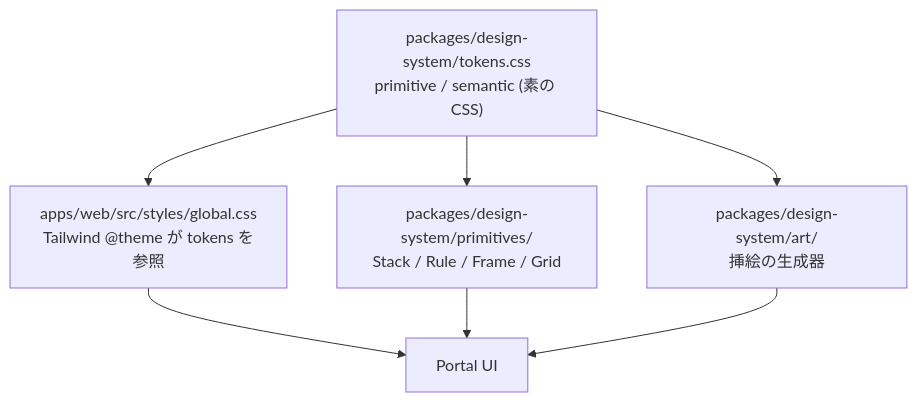
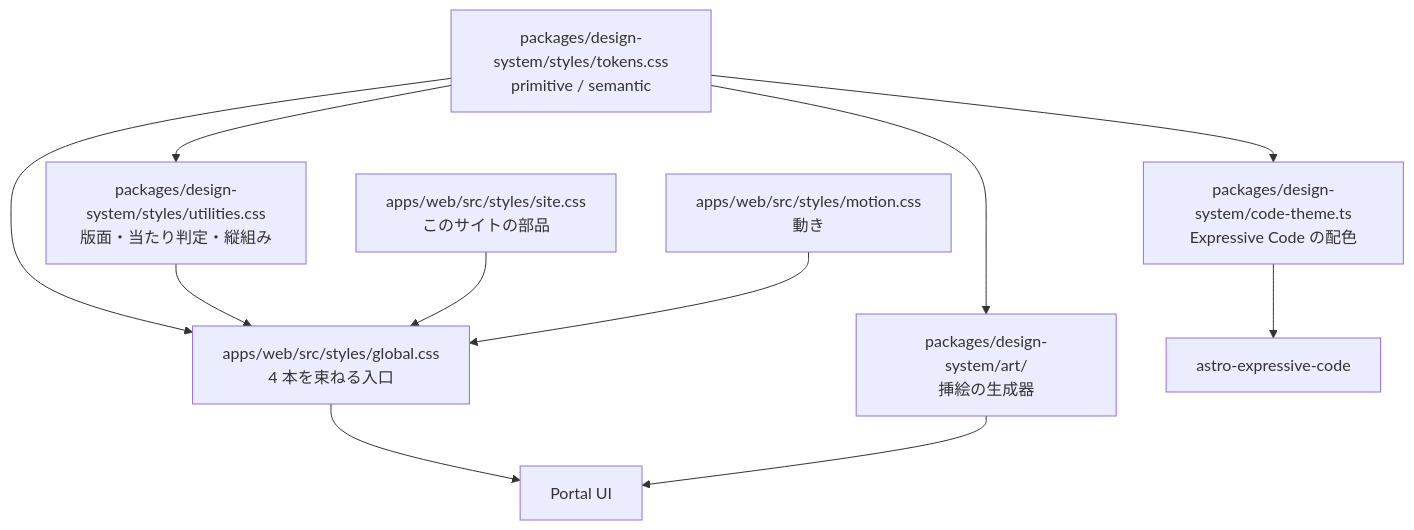
Before and after one commit to Fukuemon/fukuemon.dev: the diagram in design/features/design-system/DesignDoc_design-system.md, drawn with Mermaid. The commit also changed other lines of this file and 6 other files, not shown here.

````diff
--- a/design/features/design-system/DesignDoc_design-system.md
+++ b/design/features/design-system/DesignDoc_design-system.md
@@ -537,13 +616,20 @@
 ```mermaid
 flowchart TD
-    tokens["packages/design-system/tokens.css<br/>primitive / semantic (素の CSS)"]
+    tokens["packages/design-system/styles/tokens.css<br/>primitive / semantic"]
+    utils["packages/design-system/styles/utilities.css<br/>版面・当たり判定・縦組み"]
     art["packages/design-system/art/<br/>挿絵の生成器"]
-    prim["packages/design-system/primitives/<br/>Stack / Rule / Frame / Grid"]
-    global["apps/web/src/styles/global.css<br/>Tailwind @theme が tokens を参照"]
-    tokens --> prim
+    theme["packages/design-system/code-theme.ts<br/>Expressive Code の配色"]
+    global["apps/web/src/styles/global.css<br/>4 本を束ねる入口"]
+    site["apps/web/src/styles/site.css<br/>このサイトの部品"]
+    motion["apps/web/src/styles/motion.css<br/>動き"]
+    tokens --> utils
     tokens --> art
+    tokens --> theme
     tokens --> global
+    utils --> global
+    site --> global
+    motion --> global
     global --> portal["Portal UI"]
-    prim --> portal
     art --> portal
+    theme --> ec["astro-expressive-code"]
 ```
````
